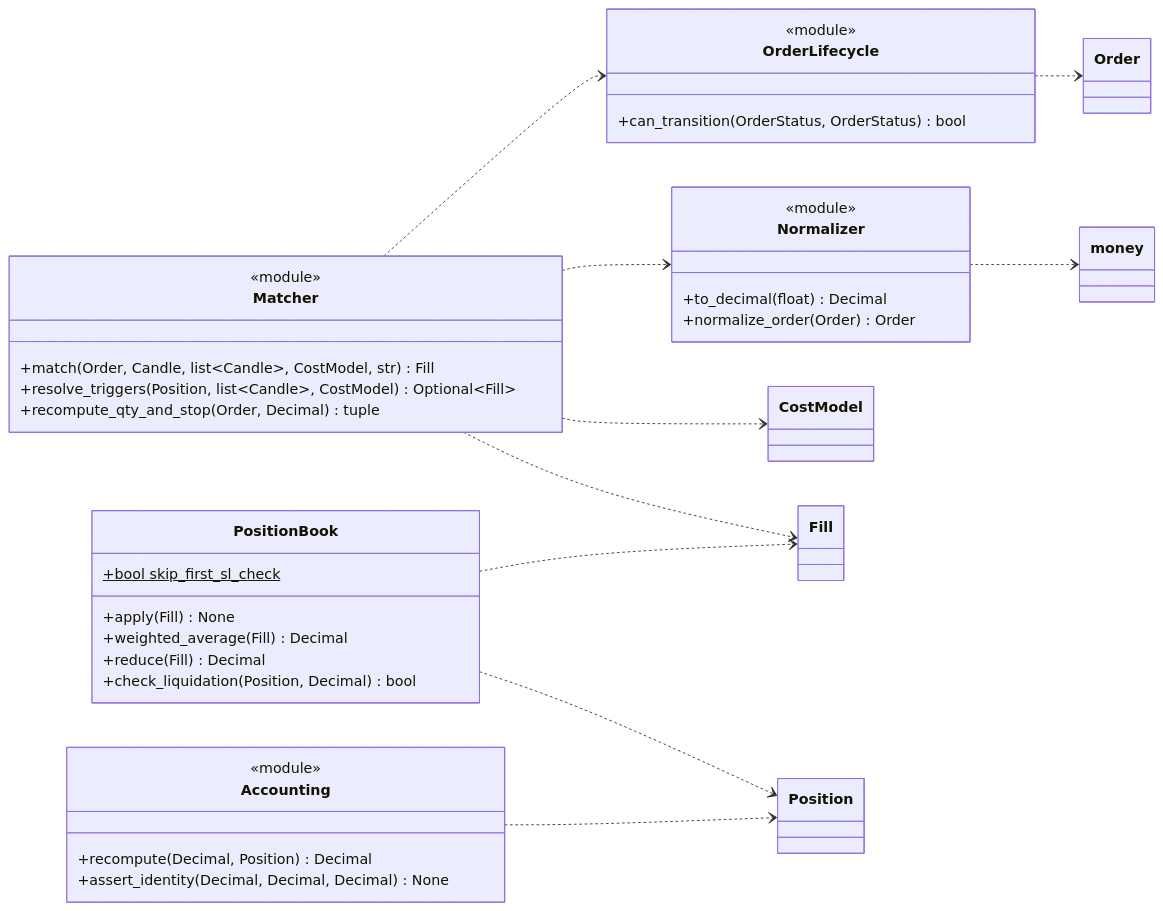
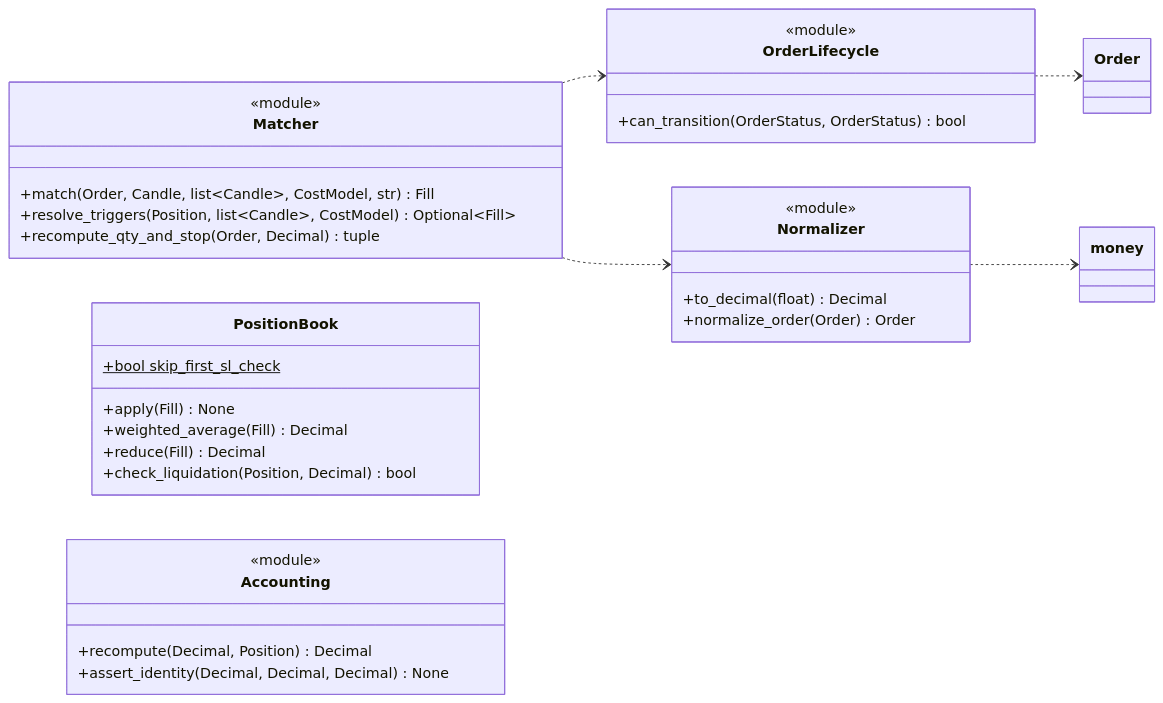
Before and after one commit to vessel35/trading-system-v2: diagram 12 of 17 in docs/fullspec/backtest_v2_detailed_design.md, drawn with Mermaid. The commit also changed other lines of this file, not shown here.

First line of the commit message:
docs(b-corelib-classes): §4 전 다이어그램 중복 의존 화살표 정리 동기화(정본 e79c35d 미러)

````diff
--- a/docs/fullspec/backtest_v2_detailed_design.md
+++ b/docs/fullspec/backtest_v2_detailed_design.md
@@ -1703,40 +1696,35 @@
 ```mermaid
 classDiagram
     direction LR
     class OrderLifecycle {
         <<module>>
         +can_transition(OrderStatus, OrderStatus) bool
     }
     class Matcher {
         <<module>>
         +match(Order, Candle, list~Candle~, CostModel, str) Fill
         +resolve_triggers(Position, list~Candle~, CostModel) Optional~Fill~
         +recompute_qty_and_stop(Order, Decimal) tuple
     }
     class PositionBook {
         +apply(Fill) None
         +weighted_average(Fill) Decimal
         +reduce(Fill) Decimal
         +check_liquidation(Position, Decimal) bool
         +bool skip_first_sl_check$
     }
     class Accounting {
         <<module>>
         +recompute(Decimal, Position) Decimal
         +assert_identity(Decimal, Decimal, Decimal) None
     }
     class Normalizer {
         <<module>>
         +to_decimal(float) Decimal
         +normalize_order(Order) Order
     }
     Matcher ..> OrderLifecycle
     Matcher ..> Normalizer
-    Matcher ..> CostModel
-    Matcher ..> Fill
     OrderLifecycle ..> Order
-    PositionBook ..> Position
-    PositionBook ..> Fill
-    Accounting ..> Position
     Normalizer ..> money
 ```
````
